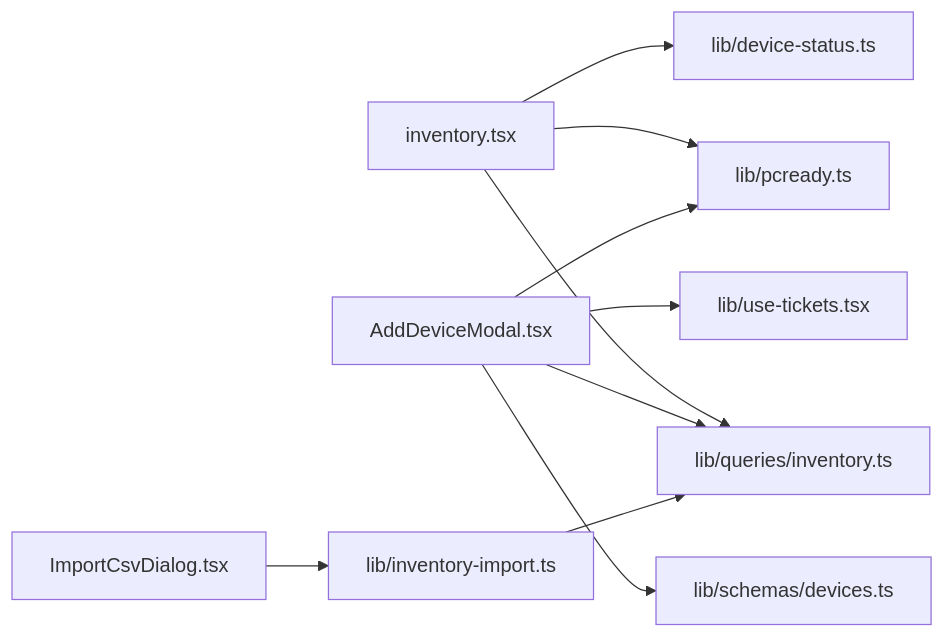
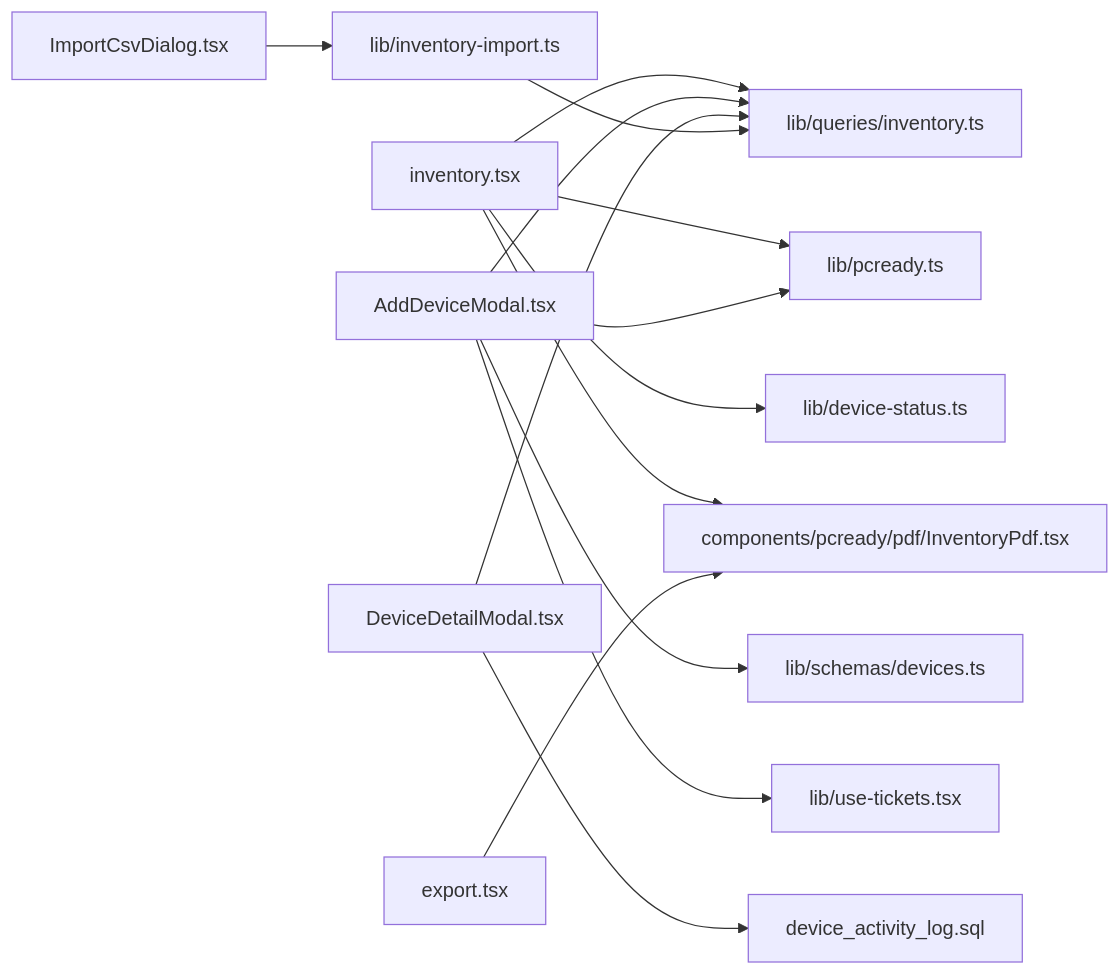
Diagram 11 of 11 in .qoder/repowiki/en/content/Device Management System/Device Inventory Tracking.md (gastaldellomarco/pcReady), drawn with Mermaid before and after one commit. The commit also changed other lines of this file and 5 other files, not shown here.

````diff
--- a/.qoder/repowiki/en/content/Device Management System/Device Inventory Tracking.md
+++ b/.qoder/repowiki/en/content/Device Management System/Device Inventory Tracking.md
@@ -360,12 +614,16 @@
 ```mermaid
 graph LR
 INV["inventory.tsx"] --> QRY["lib/queries/inventory.ts"]
 INV --> PCRD["lib/pcready.ts"]
 INV --> ST["lib/device-status.ts"]
+INV --> PDF["components/pcready/pdf/InventoryPdf.tsx"]
 ADD["AddDeviceModal.tsx"] --> SCH["lib/schemas/devices.ts"]
 ADD --> QRY
 ADD --> PCRD
 ADD --> GT["lib/use-tickets.tsx"]
+DETAIL["DeviceDetailModal.tsx"] --> QRY
+DETAIL --> ACTDB["device_activity_log.sql"]
 IMPD["ImportCsvDialog.tsx"] --> IMPL["lib/inventory-import.ts"]
 IMPL --> QRY
+EXP["export.tsx"] --> PDF
 ```
````
